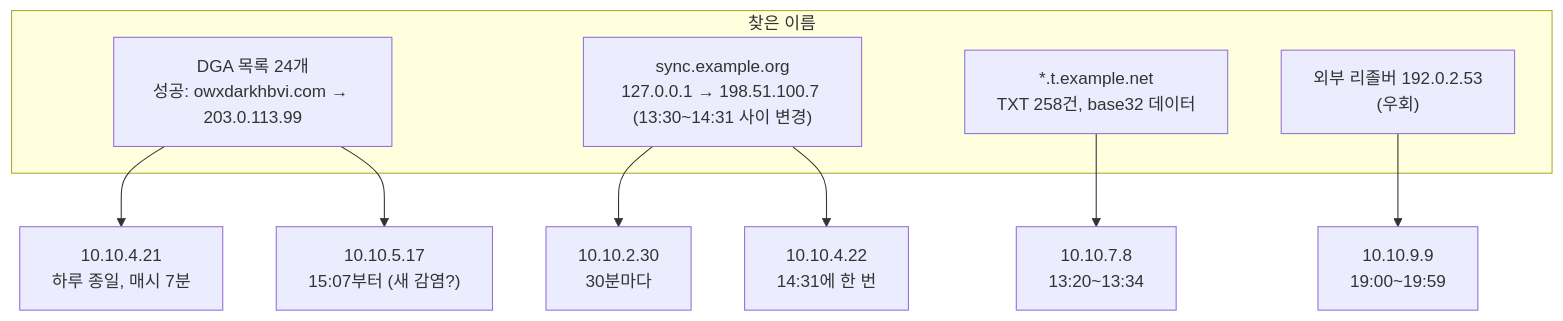
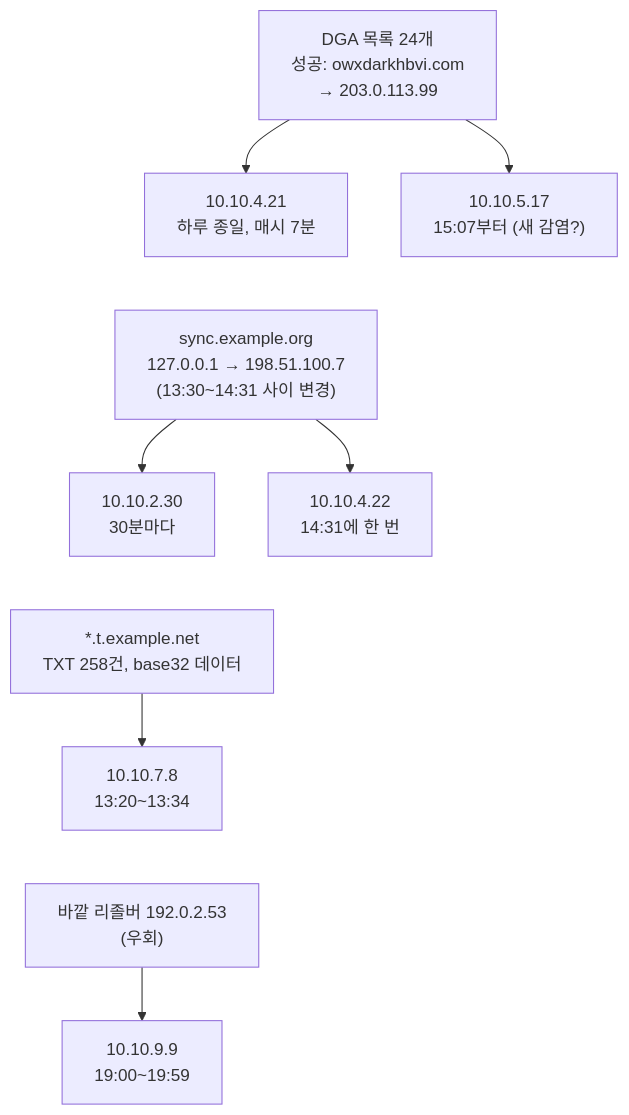
The second of 2 diagrams in docs-ko/training/network-forensics/part-2/lab-dns-profiling.md (DFIDwiz-sketch/dfir-handbook), drawn with Mermaid before and after one commit. The commit also changed other lines of this file and 1 other file, not shown here.

Commit message:
Network Forensics: restack lesson 2.9 scoping figure for mobile width (KO + EN)
The original subgraph layout fanned six PCs side by side and scaled
down to an unreadable size at phone width; the groups now stack
vertically with at most two boxes per row.

Claude-Session: https://claude.ai/code/session_011VUSpmik9wJ5Ypd1THCkmf

````diff
--- a/docs-ko/training/network-forensics/part-2/lab-dns-profiling.md
+++ b/docs-ko/training/network-forensics/part-2/lab-dns-profiling.md
@@ -424,15 +424,12 @@
 ```mermaid
 flowchart TD
-    subgraph N["찾은 이름"]
-        D1["DGA 목록 24개<br/>성공: owxdarkhbvi.com → 203.0.113.99"]
-        D2["sync.example.org<br/>127.0.0.1 → 198.51.100.7 (13:30~14:31 사이 변경)"]
-        D3["*.t.example.net<br/>TXT 258건, base32 데이터"]
-        D4["외부 리졸버 192.0.2.53<br/>(우회)"]
-    end
-    D1 --> P1["10.10.4.21<br/>하루 종일, 매시 7분"]
+    D1["DGA 목록 24개<br/>성공: owxdarkhbvi.com<br/>→ 203.0.113.99"] --> P1["10.10.4.21<br/>하루 종일, 매시 7분"]
     D1 --> P2["10.10.5.17<br/>15:07부터 (새 감염?)"]
+    P1 ~~~ D2["sync.example.org<br/>127.0.0.1 → 198.51.100.7<br/>(13:30~14:31 사이 변경)"]
     D2 --> P3["10.10.2.30<br/>30분마다"]
     D2 --> P4["10.10.4.22<br/>14:31에 한 번"]
+    P3 ~~~ D3["*.t.example.net<br/>TXT 258건, base32 데이터"]
     D3 --> P5["10.10.7.8<br/>13:20~13:34"]
+    P5 ~~~ D4["바깥 리졸버 192.0.2.53<br/>(우회)"]
     D4 --> P6["10.10.9.9<br/>19:00~19:59"]
 ```
````
